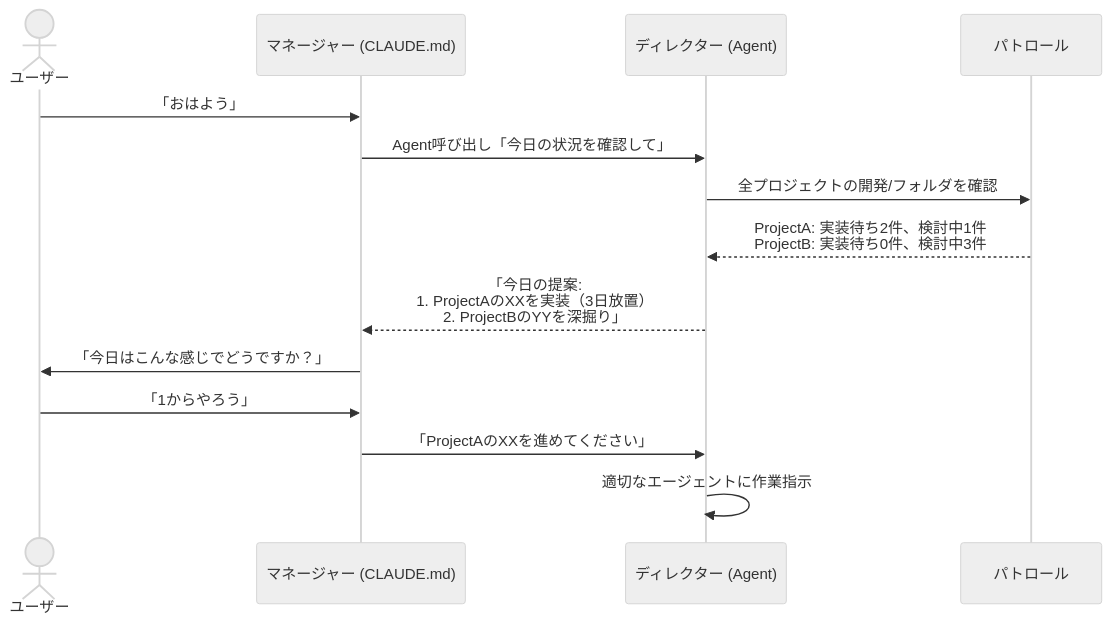
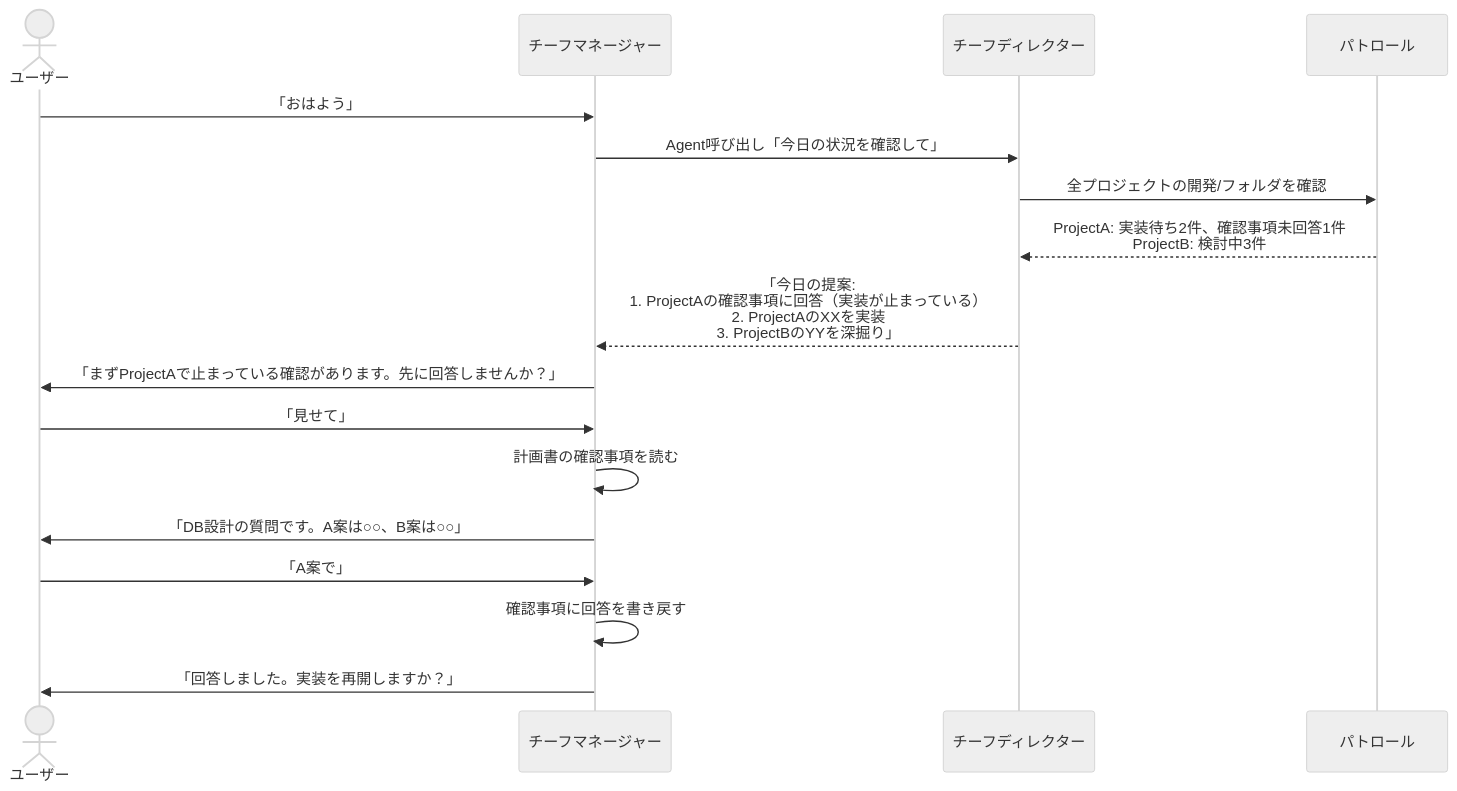
One commit to nyan-tama/Ghostrunner changed the fourth of 5 diagrams in 開発/検討中/2026-04-03_マネージャーとディレクター.md. Above: the diagram before and after it, drawn with Mermaid (neutral theme). The commit also changed other lines of this file, not shown here.

Commit message:
docs: 確認事項（ファイルベース非同期質問）を導入、マネージャー/ディレクター構想を全面見直し

````diff
--- a/開発/検討中/2026-04-03_マネージャーとディレクター.md
+++ b/開発/検討中/2026-04-03_マネージャーとディレクター.md
@@ -199,17 +278,20 @@
 ```mermaid
 sequenceDiagram
     actor User as ユーザー
-    participant Mgr as マネージャー (CLAUDE.md)
-    participant Dir as ディレクター (Agent)
+    participant Mgr as チーフマネージャー
+    participant Dir as チーフディレクター
     participant Patrol as パトロール
 
     User->>Mgr: 「おはよう」
     Mgr->>Dir: Agent呼び出し「今日の状況を確認して」
     Dir->>Patrol: 全プロジェクトの開発/フォルダを確認
-    Patrol-->>Dir: ProjectA: 実装待ち2件、検討中1件<br/>ProjectB: 実装待ち0件、検討中3件
-    Dir-->>Mgr: 「今日の提案:<br/>1. ProjectAのXXを実装（3日放置）<br/>2. ProjectBのYYを深掘り」
-    Mgr->>User: 「今日はこんな感じでどうですか？」
-    User->>Mgr: 「1からやろう」
-    Mgr->>Dir: 「ProjectAのXXを進めてください」
-    Dir->>Dir: 適切なエージェントに作業指示
+    Patrol-->>Dir: ProjectA: 実装待ち2件、確認事項未回答1件<br/>ProjectB: 検討中3件
+    Dir-->>Mgr: 「今日の提案:<br/>1. ProjectAの確認事項に回答（実装が止まっている）<br/>2. ProjectAのXXを実装<br/>3. ProjectBのYYを深掘り」
+    Mgr->>User: 「まずProjectAで止まっている確認があります。先に回答しませんか？」
+    User->>Mgr: 「見せて」
+    Mgr->>Mgr: 計画書の確認事項を読む
+    Mgr->>User: 「DB設計の質問です。A案は○○、B案は○○」
+    User->>Mgr: 「A案で」
+    Mgr->>Mgr: 確認事項に回答を書き戻す
+    Mgr->>User: 「回答しました。実装を再開しますか？」
 ```
````
